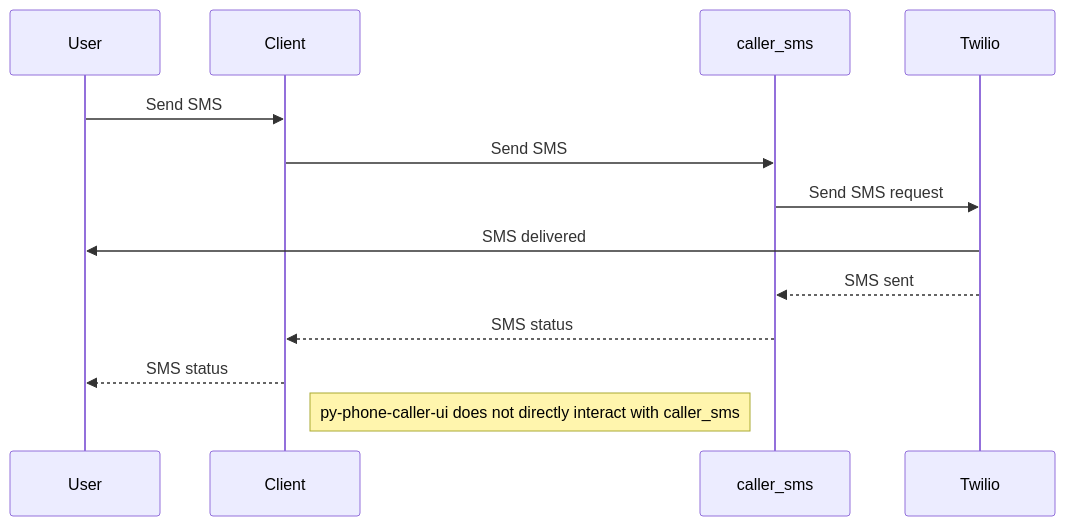
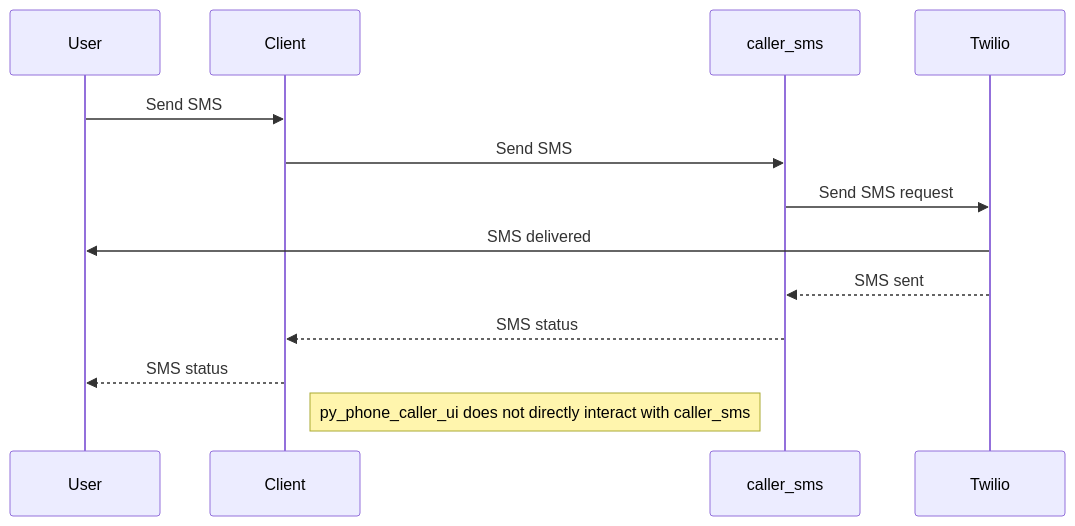
One commit to jcfdeb/py-phone-caller changed diagram 16 of 21 in docs/py-phone-caller_2025.05.md. Above: the diagram before and after it, drawn with Mermaid. The commit also changed other lines of this file and 217 other files, not shown here.

````diff
--- a/docs/py-phone-caller_2025.05.md
+++ b/docs/py-phone-caller_2025.05.md
@@ -618,17 +712,17 @@
 ```mermaid
 sequenceDiagram
     participant User
     participant Client
     participant SMS as caller_sms
     participant Twilio
 
     User->>Client: Send SMS
     Client->>SMS: Send SMS
     SMS->>Twilio: Send SMS request
     Twilio->>User: SMS delivered
     Twilio-->>SMS: SMS sent
     SMS-->>Client: SMS status
     Client-->>User: SMS status
 
-    Note right of Client: py-phone-caller-ui does not directly interact with caller_sms
+    Note right of Client: py_phone_caller_ui does not directly interact with caller_sms
 ```
````
